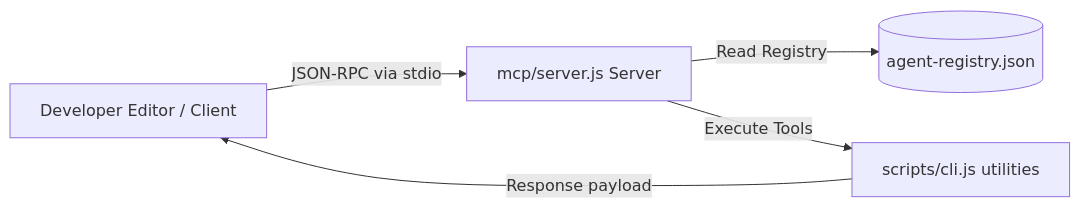
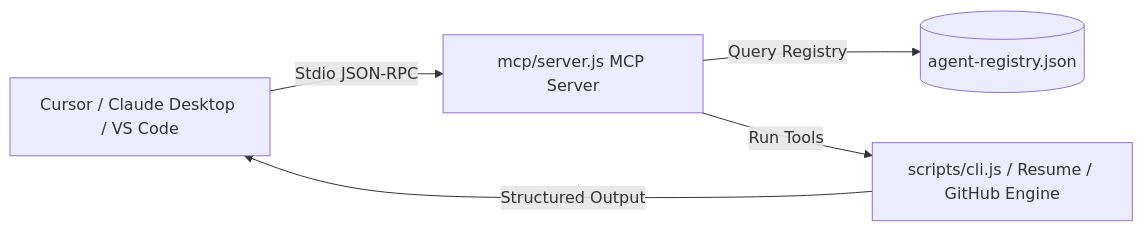
One commit to karthikrshet/Career-Agents changed the second of 2 diagrams in README.md. Above: the diagram before and after it, drawn with Mermaid. The commit also changed other lines of this file and 34 other files, not shown here.

Commit message:
docs(readme): compile world-class README with screenshot galleries, architecture diagrams, installation guides, and MCP setup

````diff
--- a/README.md
+++ b/README.md
@@ -526,7 +151,7 @@
 ```mermaid
 graph LR
-    IDE[Developer Editor / Client] -->|JSON-RPC via stdio| MCPServer[mcp/server.js Server]
-    MCPServer -->|Read Registry| Files[(agent-registry.json)]
-    MCPServer -->|Execute Tools| CoreScripts[scripts/cli.js utilities]
-    CoreScripts -->|Response payload| IDE
+    IDE[Cursor / Claude Desktop / VS Code] -->|Stdio JSON-RPC| MCPServer[mcp/server.js MCP Server]
+    MCPServer -->|Query Registry| Registry[(agent-registry.json)]
+    MCPServer -->|Run Tools| Tools[scripts/cli.js / Resume / GitHub Engine]
+    Tools -->|Structured Output| IDE
 ```
````
